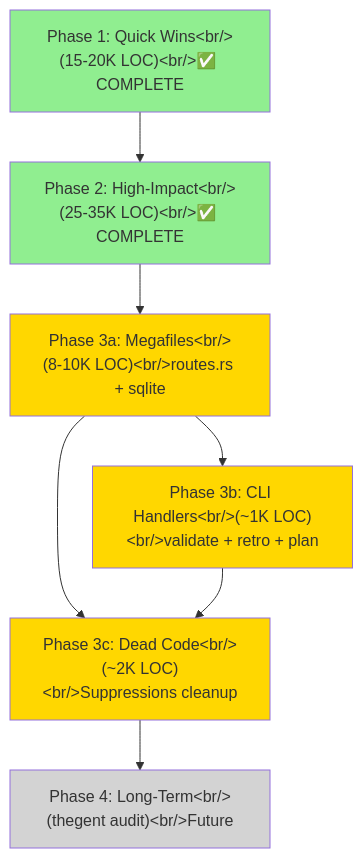
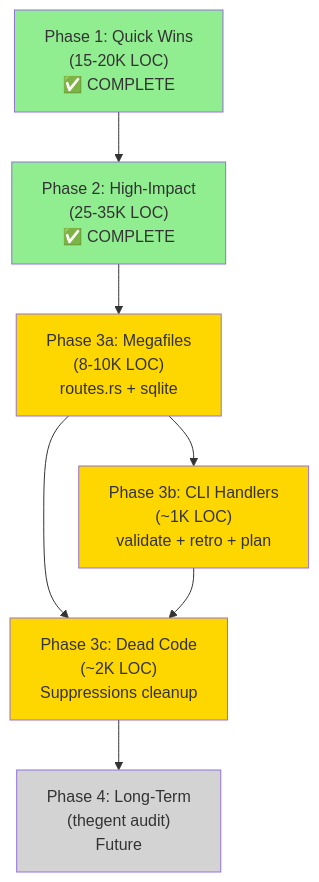
Before and after one commit to KooshaPari/HexaKit: the diagram in docs/reference/CODE_DECOMPOSITION_ROADMAP.md, drawn with Mermaid. The commit also changed other lines of this file and 203 other files, not shown here.

````diff
--- a/docs/reference/CODE_DECOMPOSITION_ROADMAP.md
+++ b/docs/reference/CODE_DECOMPOSITION_ROADMAP.md
@@ -337,23 +337,23 @@
 ```mermaid
 graph TD
-    A["Phase 1: Quick Wins&lt;br/&gt;(15-20K LOC)&lt;br/&gt;✅ COMPLETE"]
-    B["Phase 2: High-Impact&lt;br/&gt;(25-35K LOC)&lt;br/&gt;✅ COMPLETE"]
-    C["Phase 3a: Megafiles&lt;br/&gt;(8-10K LOC)&lt;br/&gt;routes.rs + sqlite"]
-    D["Phase 3b: CLI Handlers&lt;br/&gt;(~1K LOC)&lt;br/&gt;validate + retro + plan"]
-    E["Phase 3c: Dead Code&lt;br/&gt;(~2K LOC)&lt;br/&gt;Suppressions cleanup"]
-    F["Phase 4: Long-Term&lt;br/&gt;(thegent audit)&lt;br/&gt;Future"]
+    A["Phase 1: Quick Wins<br/>(15-20K LOC)<br/>✅ COMPLETE"]
+    B["Phase 2: High-Impact<br/>(25-35K LOC)<br/>✅ COMPLETE"]
+    C["Phase 3a: Megafiles<br/>(8-10K LOC)<br/>routes.rs + sqlite"]
+    D["Phase 3b: CLI Handlers<br/>(~1K LOC)<br/>validate + retro + plan"]
+    E["Phase 3c: Dead Code<br/>(~2K LOC)<br/>Suppressions cleanup"]
+    F["Phase 4: Long-Term<br/>(thegent audit)<br/>Future"]
 
     A --> B
     B --> C
     C --> D
     C --> E
     D --> E
     E --> F
 
     style A fill:#90EE90
     style B fill:#90EE90
     style C fill:#FFD700
     style D fill:#FFD700
     style E fill:#FFD700
     style F fill:#D3D3D3
 ```
````
